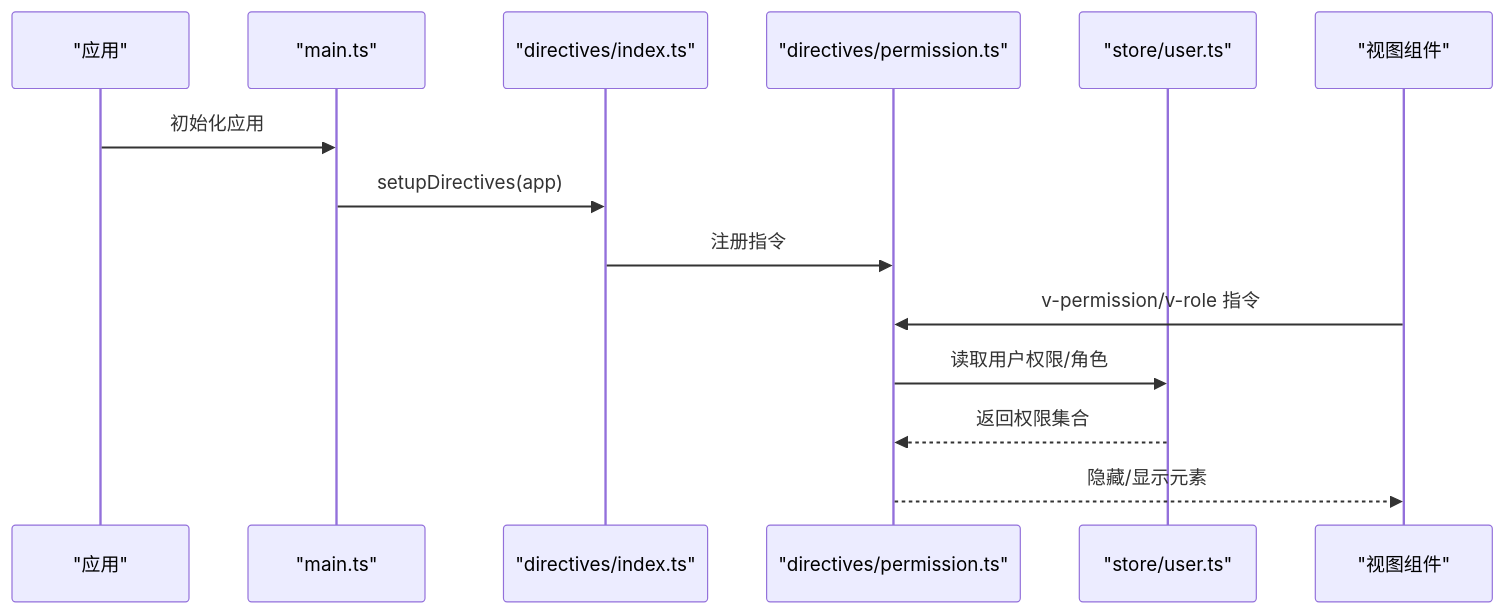
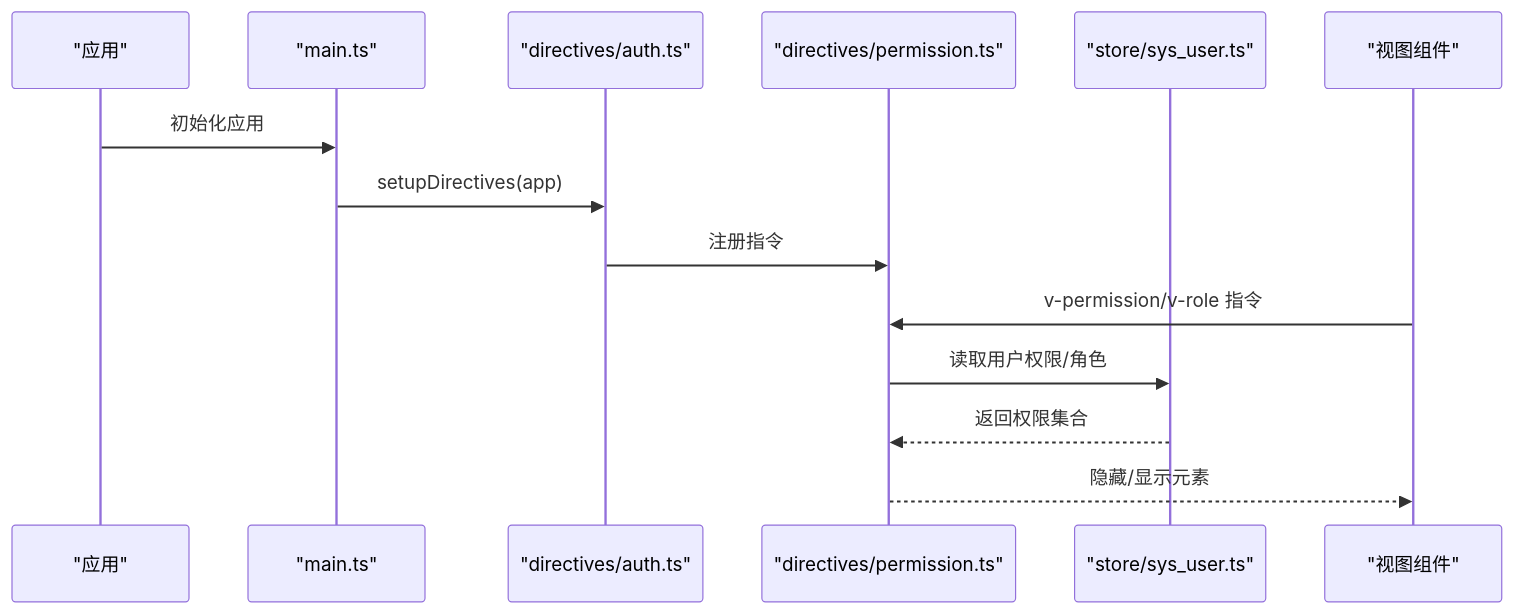
The second of 7 diagrams in .qoder/repowiki/zh/content/组件与工具库/组件与工具库.md (qiseyun/vue-ts-admin), drawn with Mermaid before and after one commit. The commit also changed other lines of this file and 42 other files, not shown here.

````diff
--- a/.qoder/repowiki/zh/content/组件与工具库/组件与工具库.md
+++ b/.qoder/repowiki/zh/content/组件与工具库/组件与工具库.md
@@ -117,16 +117,16 @@
 ```mermaid
 sequenceDiagram
 participant App as "应用"
 participant Main as "main.ts"
-participant Dir as "directives/index.ts"
+participant Dir as "directives/auth.ts"
 participant Perm as "directives/permission.ts"
-participant Store as "store/user.ts"
+participant Store as "store/sys_user.ts"
 participant View as "视图组件"
 App->>Main : 初始化应用
 Main->>Dir : setupDirectives(app)
 Dir->>Perm : 注册指令
 View->>Perm : v-permission/v-role 指令
 Perm->>Store : 读取用户权限/角色
 Store-->>Perm : 返回权限集合
 Perm-->>View : 隐藏/显示元素
 ```
````
